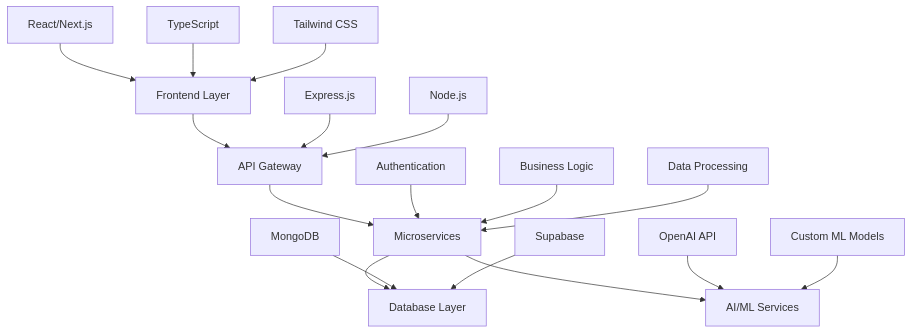
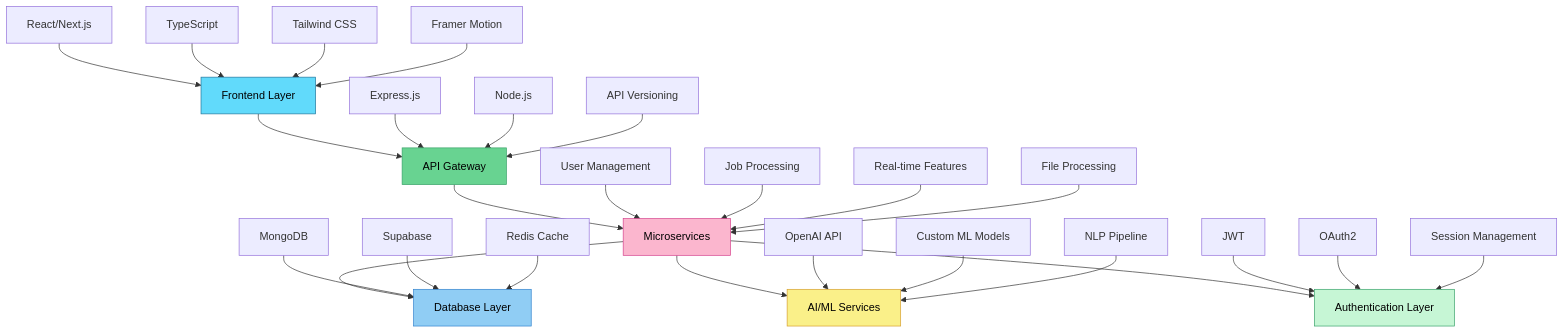
Before and after one commit to chiragSahani/chiragSahani: the diagram in README.md, drawn with Mermaid. The commit also changed other lines of this file, not shown here.

````diff
--- a/README.md
+++ b/README.md
@@ -20,24 +20,41 @@
 ```mermaid
 graph TB
     A[Frontend Layer] --> B[API Gateway]
     B --> C[Microservices]
     C --> D[Database Layer]
     C --> E[AI/ML Services]
+    C --> F[Authentication Layer]
     
     A1[React/Next.js] --> A
     A2[TypeScript] --> A
     A3[Tailwind CSS] --> A
+    A4[Framer Motion] --> A
     
     B1[Express.js] --> B
     B2[Node.js] --> B
+    B3[API Versioning] --> B
     
-    C1[Authentication] --> C
-    C2[Business Logic] --> C
-    C3[Data Processing] --> C
+    C1[User Management] --> C
+    C2[Job Processing] --> C
+    C3[Real-time Features] --> C
+    C4[File Processing] --> C
     
     D1[MongoDB] --> D
     D2[Supabase] --> D
+    D3[Redis Cache] --> D
     
     E1[OpenAI API] --> E
     E2[Custom ML Models] --> E
+    E3[NLP Pipeline] --> E
+    
+    F1[JWT] --> F
+    F2[OAuth2] --> F
+    F3[Session Management] --> F
+
+    style A fill:#61dafb,stroke:#21759b,color:#000
+    style B fill:#68d391,stroke:#38a169,color:#000
+    style C fill:#fbb6ce,stroke:#d53f8c,color:#000
+    style D fill:#90cdf4,stroke:#3182ce,color:#000
+    style E fill:#faf089,stroke:#d69e2e,color:#000
+    style F fill:#c6f6d5,stroke:#38a169,color:#000
 ```
````
